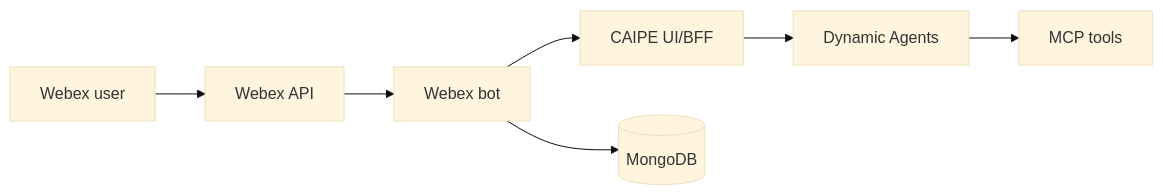
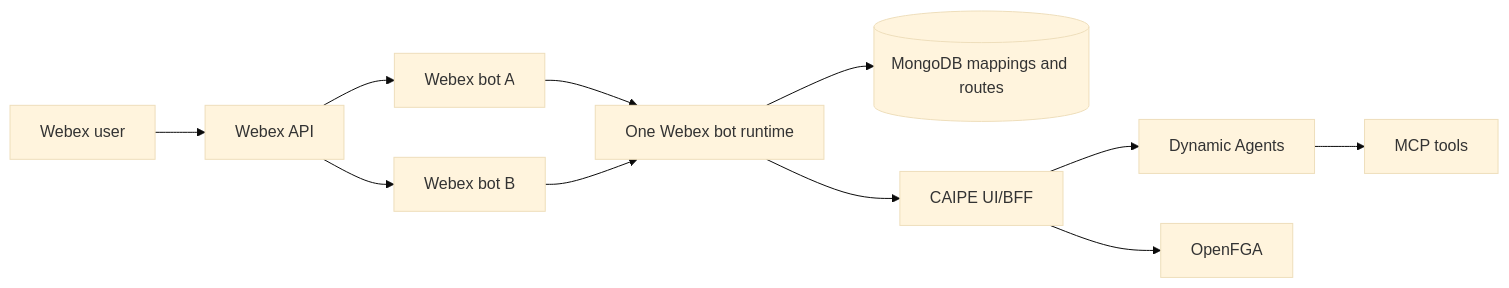
One commit to cnoe-io/ai-platform-engineering changed the diagram in docs/docs/integrations/webex-bot.md. Above: the diagram before and after it, drawn with Mermaid (base theme). The commit also changed other lines of this file and 46 other files, not shown here.

Commit message:
feat(webex-bot): support multiple bots

````diff
--- a/docs/docs/integrations/webex-bot.md
+++ b/docs/docs/integrations/webex-bot.md
@@ -11,9 +13,13 @@
 ```mermaid
 flowchart LR
   U[Webex user] --> W[Webex API]
-  W --> B[Webex bot]
-  B --> UI[CAIPE UI/BFF]
+  W --> A[Webex bot A]
+  W --> B[Webex bot B]
+  A --> R[One Webex bot runtime]
+  B --> R
+  R --> M[(MongoDB mappings and routes)]
+  R --> UI[CAIPE UI/BFF]
   UI --> DA[Dynamic Agents]
   DA --> MCP[MCP tools]
-  B --> M[(MongoDB)]
+  UI --> F[OpenFGA]
 ```
````
